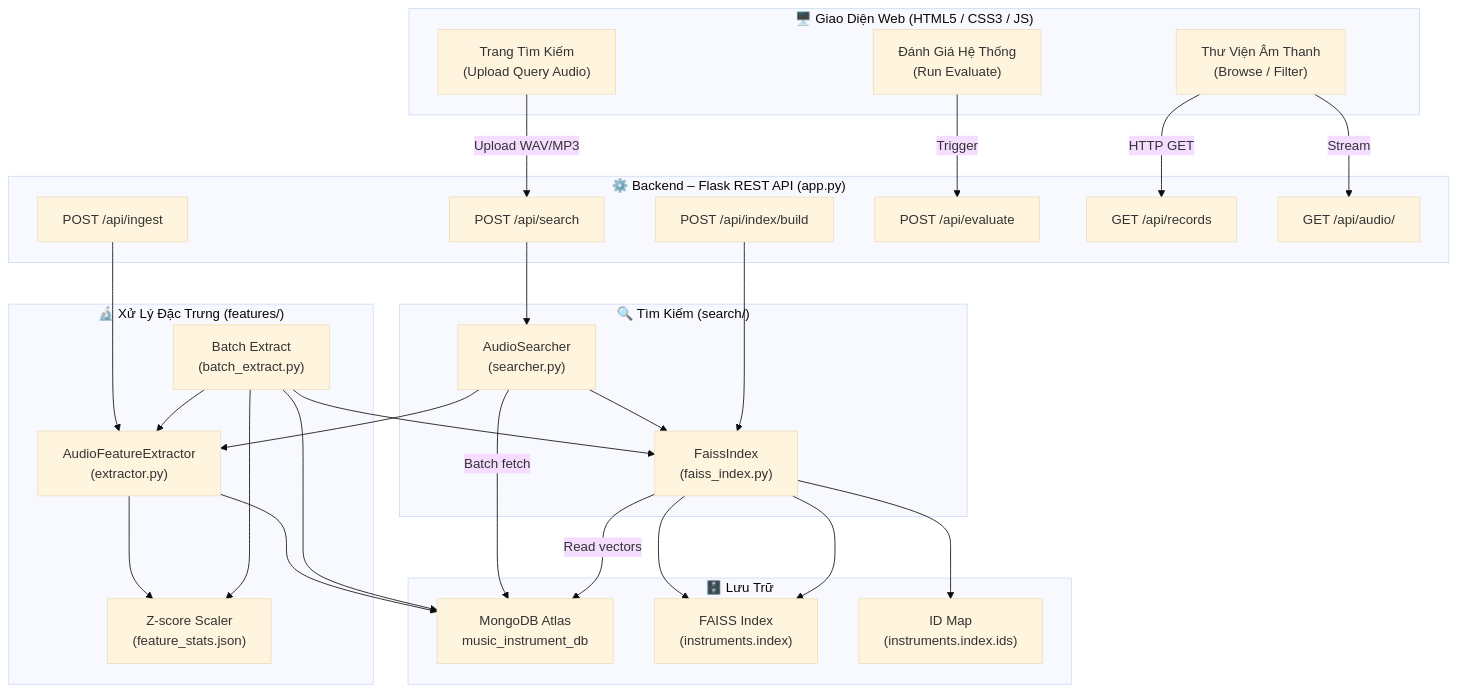
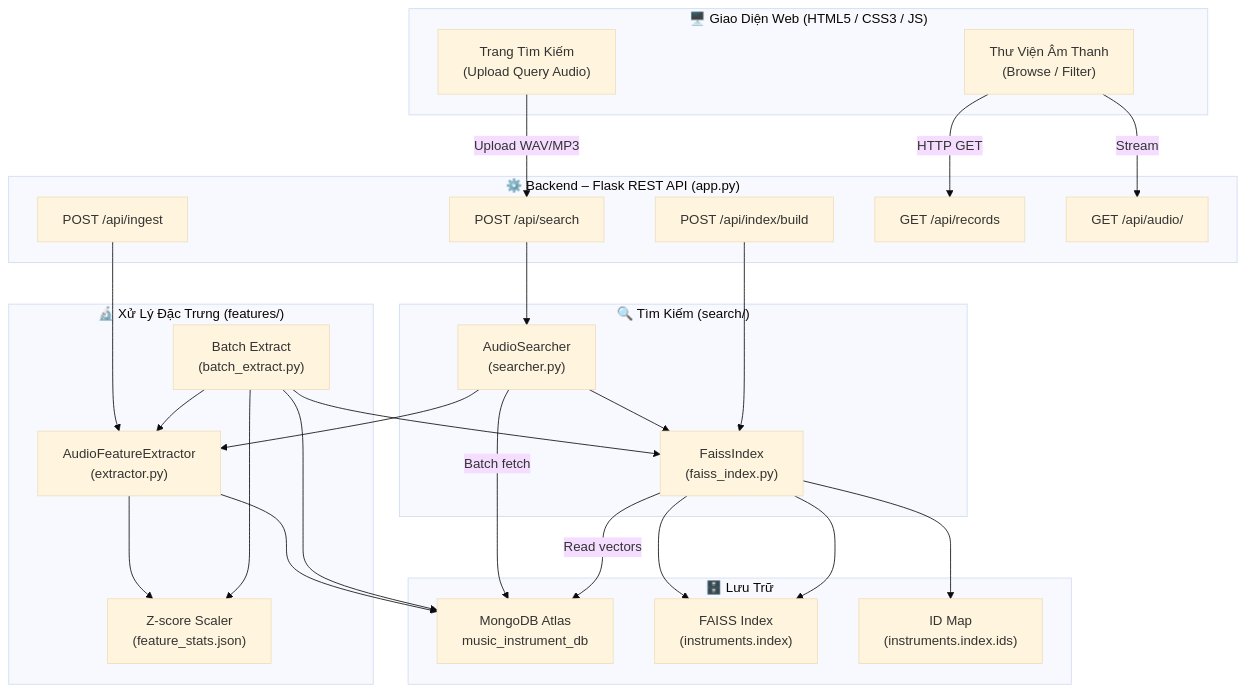
Before and after one commit to YOUNGLEE2510/M.I.R: the first of 3 diagrams in docs/system_overview.md, drawn with Mermaid (base theme). The commit also changed other lines of this file and 4486 other files, not shown here.

````diff
--- a/docs/system_overview.md
+++ b/docs/system_overview.md
@@ -8,59 +8,56 @@
 ```mermaid
 graph TD
     subgraph CLIENT["🖥️ Giao Diện Web (HTML5 / CSS3 / JS)"]
         UI_SEARCH["Trang Tìm Kiếm\n(Upload Query Audio)"]
         UI_LIB["Thư Viện Âm Thanh\n(Browse / Filter)"]
-        UI_EVAL["Đánh Giá Hệ Thống\n(Run Evaluate)"]
     end
 
     subgraph SERVER["⚙️ Backend – Flask REST API (app.py)"]
         API_SEARCH["POST /api/search"]
         API_INGEST["POST /api/ingest"]
         API_BUILD["POST /api/index/build"]
-        API_EVAL["POST /api/evaluate"]
         API_RECORDS["GET /api/records"]
         API_AUDIO["GET /api/audio/<id>"]
     end
 
     subgraph PROC["🔬 Xử Lý Đặc Trưng (features/)"]
         EXTRACTOR["AudioFeatureExtractor\n(extractor.py)"]
         BATCH["Batch Extract\n(batch_extract.py)"]
         SCALER["Z-score Scaler\n(feature_stats.json)"]
     end
 
     subgraph STORE["🗄️ Lưu Trữ"]
         MONGO["MongoDB Atlas\nmusic_instrument_db"]
         FAISS_IDX["FAISS Index\n(instruments.index)"]
         ID_MAP["ID Map\n(instruments.index.ids)"]
     end
 
     subgraph SEARCH_MOD["🔍 Tìm Kiếm (search/)"]
         SEARCHER["AudioSearcher\n(searcher.py)"]
         FAISS_MOD["FaissIndex\n(faiss_index.py)"]
     end
 
     UI_SEARCH -->|"Upload WAV/MP3"| API_SEARCH
     UI_LIB -->|"HTTP GET"| API_RECORDS
     UI_LIB -->|"Stream"| API_AUDIO
-    UI_EVAL -->|"Trigger"| API_EVAL
 
     API_SEARCH --> SEARCHER
     SEARCHER --> EXTRACTOR
     EXTRACTOR --> SCALER
     SEARCHER --> FAISS_MOD
     FAISS_MOD --> FAISS_IDX
     SEARCHER -->|"Batch fetch"| MONGO
 
     API_INGEST --> EXTRACTOR
     EXTRACTOR --> MONGO
 
     API_BUILD --> FAISS_MOD
     FAISS_MOD -->|"Read vectors"| MONGO
     FAISS_MOD --> FAISS_IDX
     FAISS_MOD --> ID_MAP
 
     BATCH --> EXTRACTOR
     BATCH --> SCALER
     BATCH --> MONGO
     BATCH --> FAISS_MOD
 ```
````
